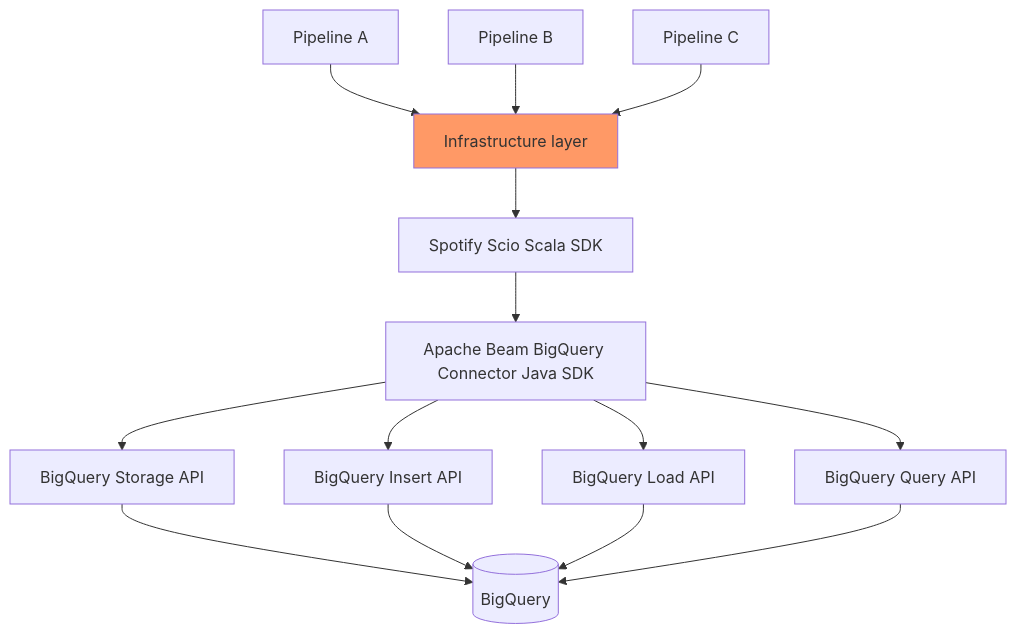
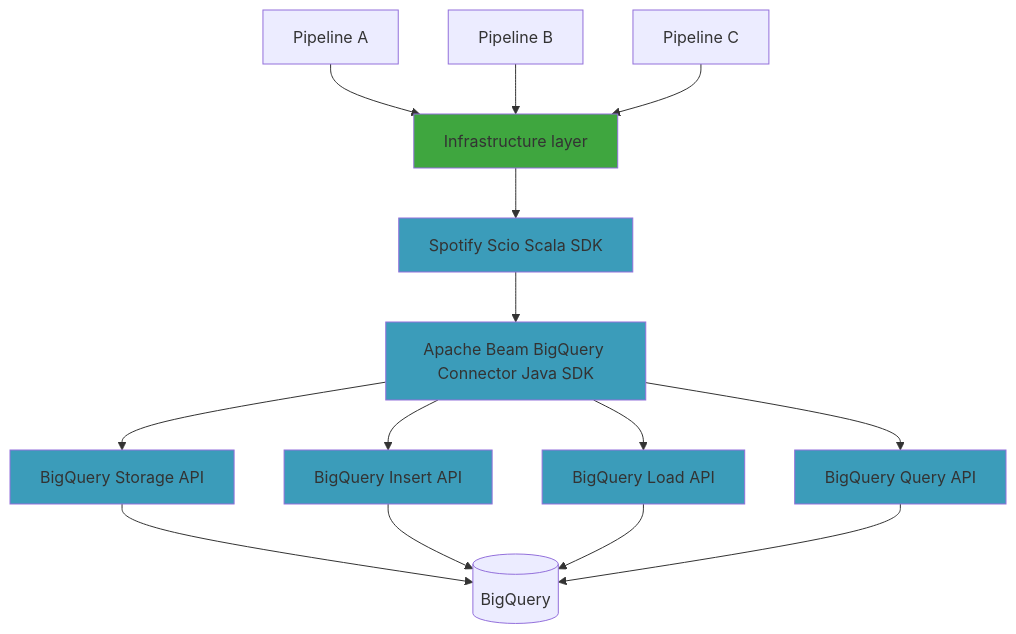
One commit to mkuthan/mkuthan.github.io changed the diagram in _posts/2023-11-30-infrastructure-layer-bigquery.md. Above: the diagram before and after it, drawn with Mermaid. The commit also changed other lines of this file, not shown here.

````diff
--- a/_posts/2023-11-30-infrastructure-layer-bigquery.md
+++ b/_posts/2023-11-30-infrastructure-layer-bigquery.md
@@ -34,18 +34,19 @@
 ```mermaid
 flowchart TB
-    p1[Pipeline A] --> infrastructure[Infrastructure layer]:::important
+    p1[Pipeline A] --> infrastructure[Infrastructure layer]:::color1
     p2[Pipeline B] --> infrastructure
     p3[Pipeline C] --> infrastructure
-    infrastructure --> scio[Spotify Scio Scala SDK]
-    scio --> beam[Apache Beam BigQuery Connector Java SDK]
-    beam --> storage_api[BigQuery Storage API]
-    beam --> insert_api[BigQuery Insert API]
-    beam --> query_api[BigQuery Query API]
-    beam --> load_api[BigQuery Load API]
+    infrastructure --> scio[Spotify Scio Scala SDK]:::color2
+    scio --> beam[Apache Beam BigQuery Connector Java SDK]:::color2
+    beam --> storage_api[BigQuery Storage API]:::color2
+    beam --> insert_api[BigQuery Insert API]:::color2
+    beam --> query_api[BigQuery Query API]:::color2
+    beam --> load_api[BigQuery Load API]:::color2
     storage_api --> bq[(BigQuery)]
     insert_api --> bq
     load_api --> bq
     query_api --> bq
 
-    classDef important fill:#f96
+    classDef color1 fill:#3fa63f
+    classDef color2 fill:#3b9cba
 ```
````
